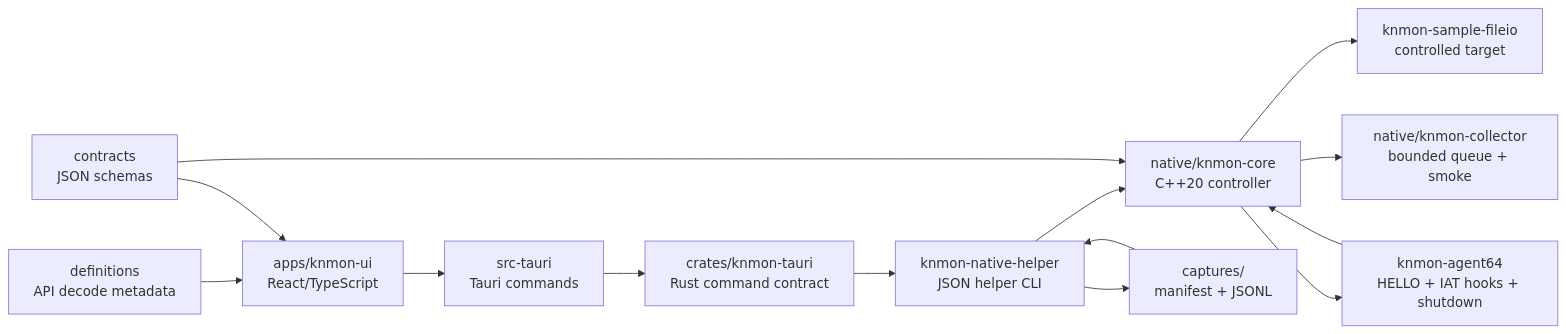
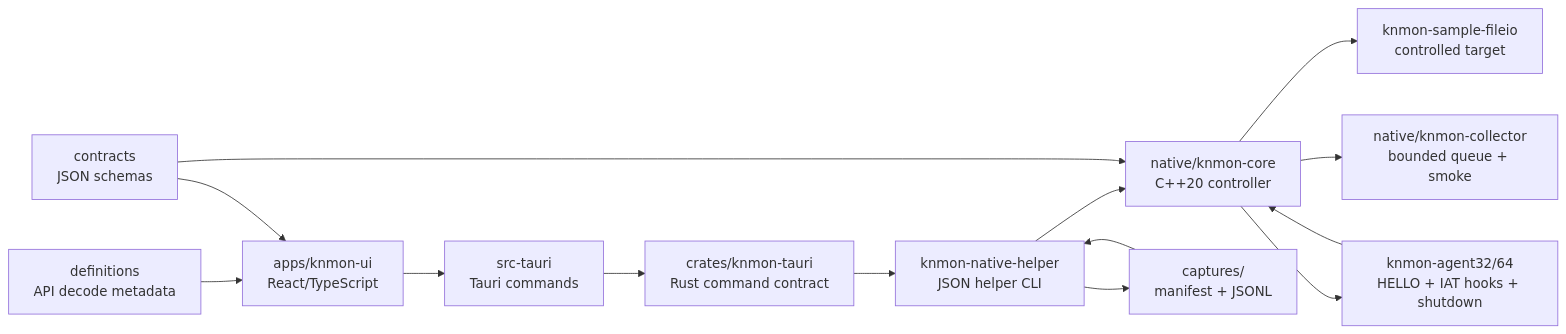
Before and after one commit to kernullist/KnWin32ApiMonitor: the diagram in docs/architecture.md, drawn with Mermaid. The commit also changed other lines of this file and 14 other files, not shown here.

````diff
--- a/docs/architecture.md
+++ b/docs/architecture.md
@@ -13,28 +13,28 @@
 ```mermaid
 flowchart LR
     UI["apps/knmon-ui<br/>React/TypeScript"]
     TAURI["src-tauri<br/>Tauri commands"]
     RUST["crates/knmon-tauri<br/>Rust command contract"]
     CORE["native/knmon-core<br/>C++20 controller"]
     COL["native/knmon-collector<br/>bounded queue + smoke"]
     HELPER["knmon-native-helper<br/>JSON helper CLI"]
     SAMPLE["knmon-sample-fileio<br/>controlled target"]
-    AGENT["knmon-agent64<br/>HELLO + IAT hooks + shutdown"]
+    AGENT["knmon-agent32/64<br/>HELLO + IAT hooks + shutdown"]
     SESSION["captures/<br/>manifest + JSONL"]
     DEF["definitions<br/>API decode metadata"]
     CONTRACT["contracts<br/>JSON schemas"]
 
     UI --> TAURI
     TAURI --> RUST
     RUST --> HELPER
     HELPER --> CORE
     CORE --> SAMPLE
     CORE --> AGENT
     AGENT --> CORE
     CORE --> COL
     HELPER --> SESSION
     SESSION --> HELPER
     DEF --> UI
     CONTRACT --> UI
     CONTRACT --> CORE
 ```
````
